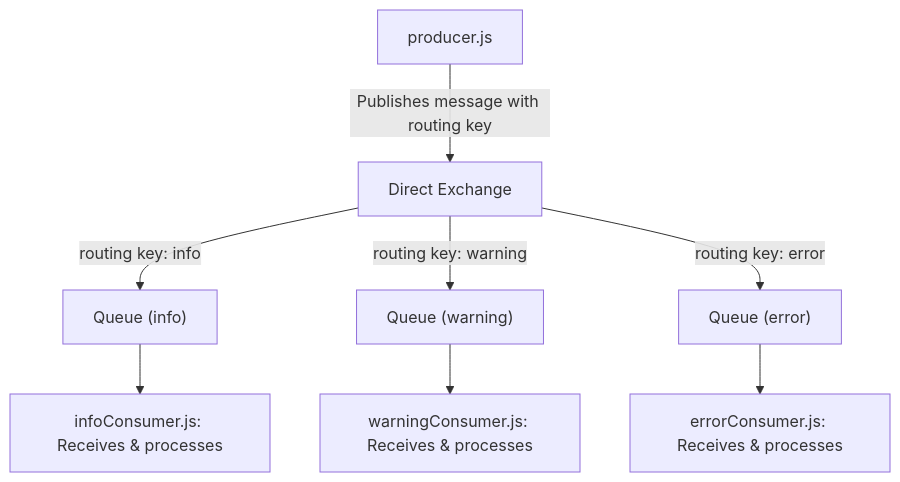
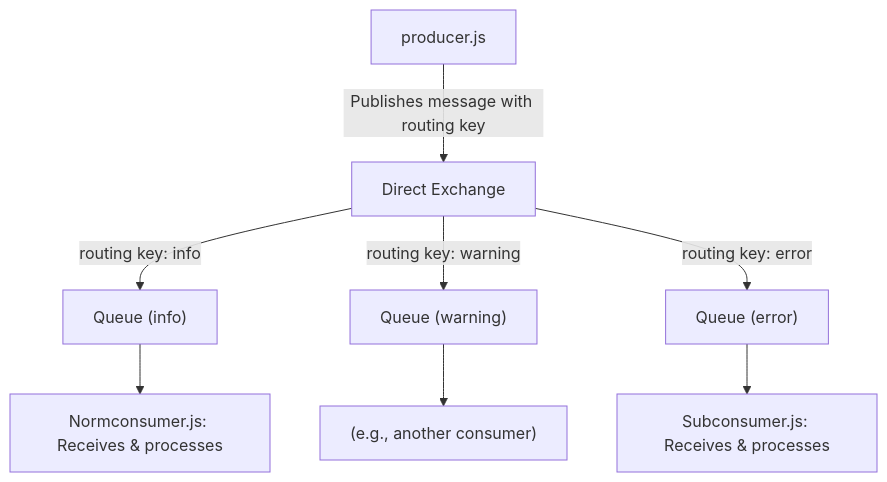
One commit to Abdul-Moiz31/RabbitMQ changed the second of 2 diagrams in DirectExchange/README.md. Above: the diagram before and after it, drawn with Mermaid. The commit also changed other lines of this file and 4 other files, not shown here.

````diff
--- a/DirectExchange/README.md
+++ b/DirectExchange/README.md
@@ -47,10 +47,10 @@
 ```mermaid
 graph TD
     Producer["producer.js"] -- "Publishes message with routing key" --> DirectExchange["Direct Exchange"]
     DirectExchange -- "routing key: info" --> QueueInfo["Queue (info)"]
     DirectExchange -- "routing key: warning" --> QueueWarning["Queue (warning)"]
     DirectExchange -- "routing key: error" --> QueueError["Queue (error)"]
-    QueueInfo --> InfoConsumer["infoConsumer.js: Receives & processes"]
-    QueueWarning --> WarningConsumer["warningConsumer.js: Receives & processes"]
-    QueueError --> ErrorConsumer["errorConsumer.js: Receives & processes"]
+    QueueInfo --> InfoConsumer["Normconsumer.js: Receives & processes"]
+    QueueWarning --> WarningConsumer["(e.g., another consumer)"]
+    QueueError --> ErrorConsumer["Subconsumer.js: Receives & processes"]
 ```
````
